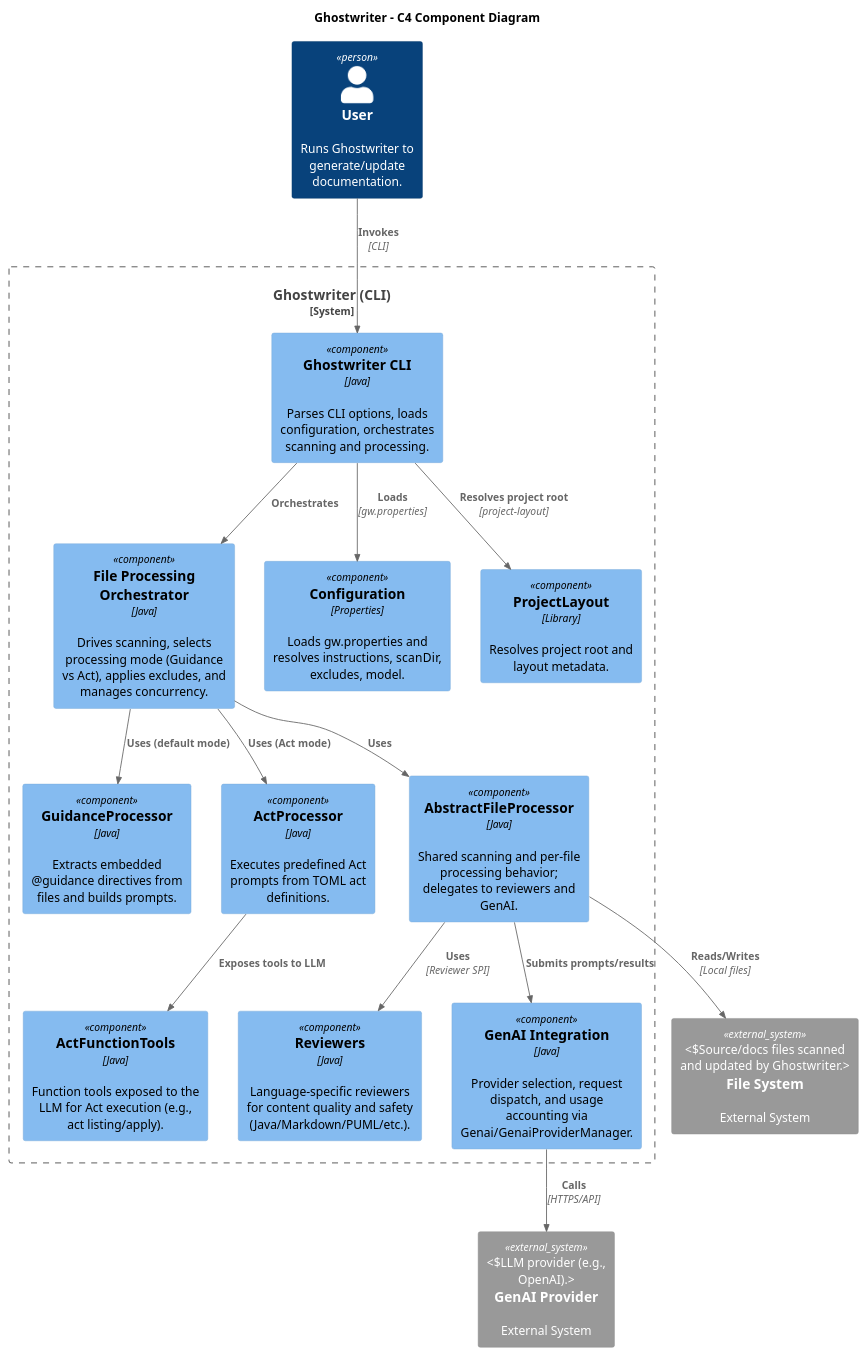
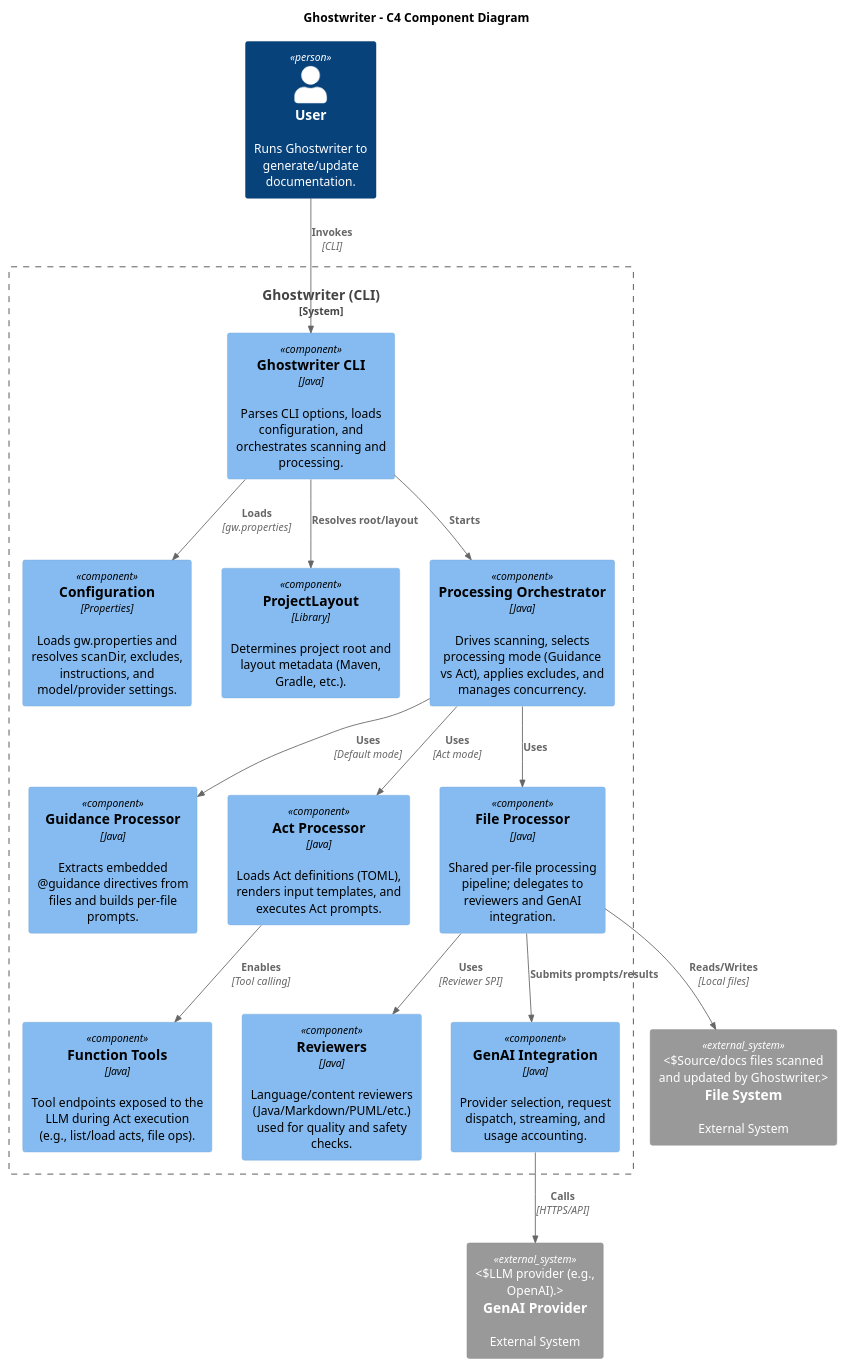
The diagram in ghostwriter/src/site/puml/c4-diagram.puml (machanism-org/machai), drawn with PlantUML before and after one commit. The commit also changed 8 other files, not shown here.

```diff
--- a/ghostwriter/src/site/puml/c4-diagram.puml
+++ b/ghostwriter/src/site/puml/c4-diagram.puml
@@ -11,52 +11,51 @@
 @startuml
 !include https://raw.githubusercontent.com/plantuml-stdlib/C4-PlantUML/master/C4_Component.puml
 
 ' Layout
 LAYOUT_TOP_DOWN()
 
 title Ghostwriter - C4 Component Diagram
 
 Person(user, "User", "Runs Ghostwriter to generate/update documentation.")
 
 System_Boundary(gw, "Ghostwriter (CLI)") {
-  Component(cli, "Ghostwriter CLI", "Java", "Parses CLI options, loads configuration, orchestrates scanning and processing.")
+  Component(cli, "Ghostwriter CLI", "Java", "Parses CLI options, loads configuration, and orchestrates scanning and processing.")
 
-  Component(procOrch, "File Processing Orchestrator", "Java", "Drives scanning, selects processing mode (Guidance vs Act), applies excludes, and manages concurrency.")
+  Component(config, "Configuration", "Properties", "Loads gw.properties and resolves scanDir, excludes, instructions, and model/provider settings.")
+  Component(projectLayout, "ProjectLayout", "Library", "Determines project root and layout metadata (Maven, Gradle, etc.).")
 
-  Component(guidanceProc, "GuidanceProcessor", "Java", "Extracts embedded @guidance directives from files and builds prompts.")
-  Component(actProc, "ActProcessor", "Java", "Executes predefined Act prompts from TOML act definitions.")
+  Component(procOrch, "Processing Orchestrator", "Java", "Drives scanning, selects processing mode (Guidance vs Act), applies excludes, and manages concurrency.")
 
-  Component(absFileProc, "AbstractFileProcessor", "Java", "Shared scanning and per-file processing behavior; delegates to reviewers and GenAI.")
+  Component(guidanceProc, "Guidance Processor", "Java", "Extracts embedded @guidance directives from files and builds per-file prompts.")
+  Component(actProc, "Act Processor", "Java", "Loads Act definitions (TOML), renders input templates, and executes Act prompts.")
 
-  Component(reviewers, "Reviewers", "Java", "Language-specific reviewers for content quality and safety (Java/Markdown/PUML/etc.).")
+  Component(absFileProc, "File Processor", "Java", "Shared per-file processing pipeline; delegates to reviewers and GenAI integration.")
+  Component(reviewers, "Reviewers", "Java", "Language/content reviewers (Java/Markdown/PUML/etc.) used for quality and safety checks.")
 
-  Component(tools, "ActFunctionTools", "Java", "Function tools exposed to the LLM for Act execution (e.g., act listing/apply).")
+  Component(tooling, "Function Tools", "Java", "Tool endpoints exposed to the LLM during Act execution (e.g., list/load acts, file ops).")
 
-  Component(genaiMgr, "GenAI Integration", "Java", "Provider selection, request dispatch, and usage accounting via Genai/GenaiProviderManager.")
-
-  Component(config, "Configuration", "Properties", "Loads gw.properties and resolves instructions, scanDir, excludes, model.")
-
-  Component(projectLayout, "ProjectLayout", "Library", "Resolves project root and layout metadata.")
+  Component(genaiMgr, "GenAI Integration", "Java", "Provider selection, request dispatch, streaming, and usage accounting.")
 }
 
 System_Ext(genaiProvider, "GenAI Provider", "External System", "LLM provider (e.g., OpenAI).")
 System_Ext(fs, "File System", "External System", "Source/docs files scanned and updated by Ghostwriter.")
 
 Rel(user, cli, "Invokes", "CLI")
 
 Rel(cli, config, "Loads", "gw.properties")
-Rel(cli, projectLayout, "Resolves project root", "project-layout")
-Rel(cli, procOrch, "Orchestrates")
+Rel(cli, projectLayout, "Resolves root/layout")
+Rel(cli, procOrch, "Starts")
 
+Rel(procOrch, guidanceProc, "Uses", "Default mode")
+Rel(procOrch, actProc, "Uses", "Act mode")
 Rel(procOrch, absFileProc, "Uses")
-Rel(procOrch, guidanceProc, "Uses (default mode)")
-Rel(procOrch, actProc, "Uses (Act mode)")
 
 Rel(absFileProc, reviewers, "Uses", "Reviewer SPI")
 Rel(absFileProc, genaiMgr, "Submits prompts/results")
-Rel(actProc, tools, "Exposes tools to LLM")
+
+Rel(actProc, tooling, "Enables", "Tool calling")
 Rel(genaiMgr, genaiProvider, "Calls", "HTTPS/API")
 
 Rel(absFileProc, fs, "Reads/Writes", "Local files")
 
 @enduml
```
